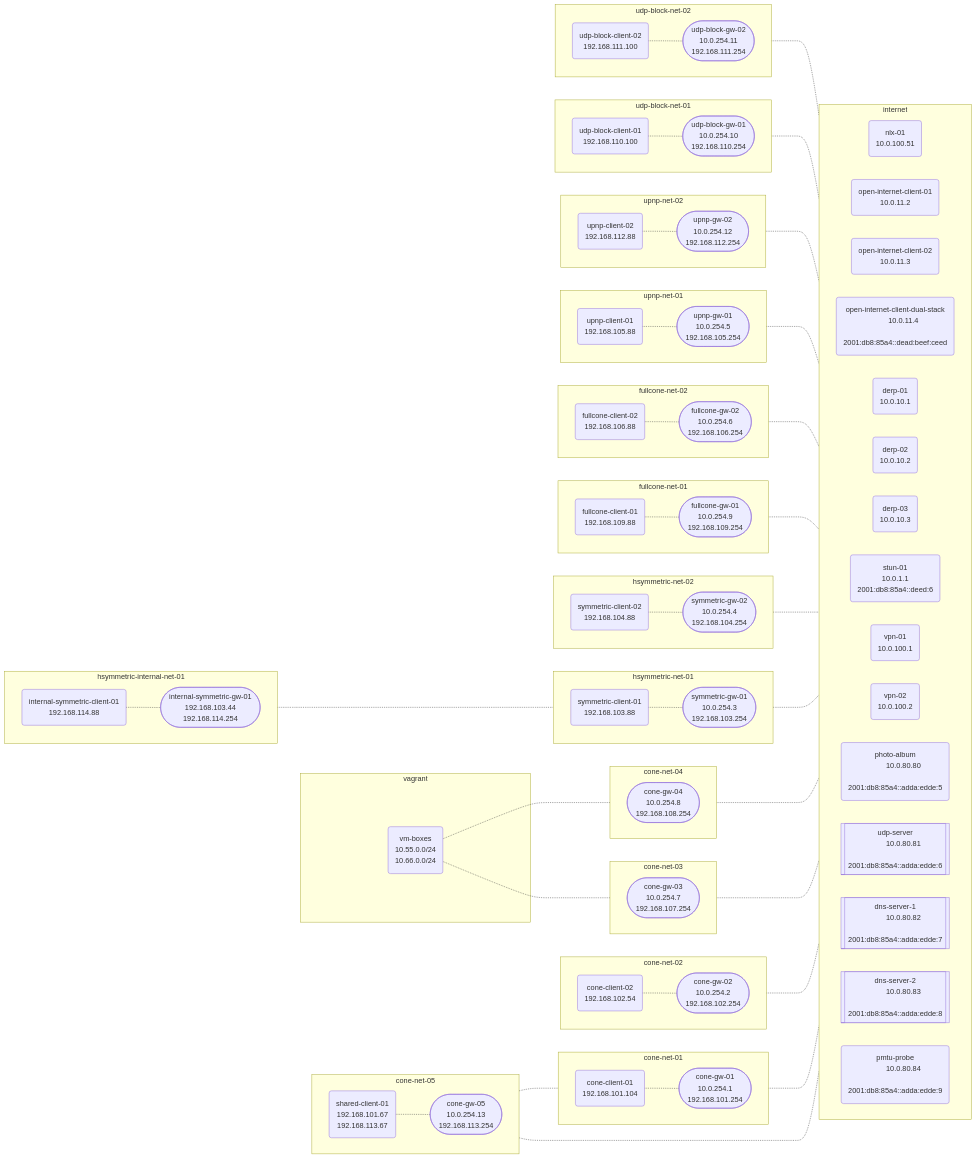
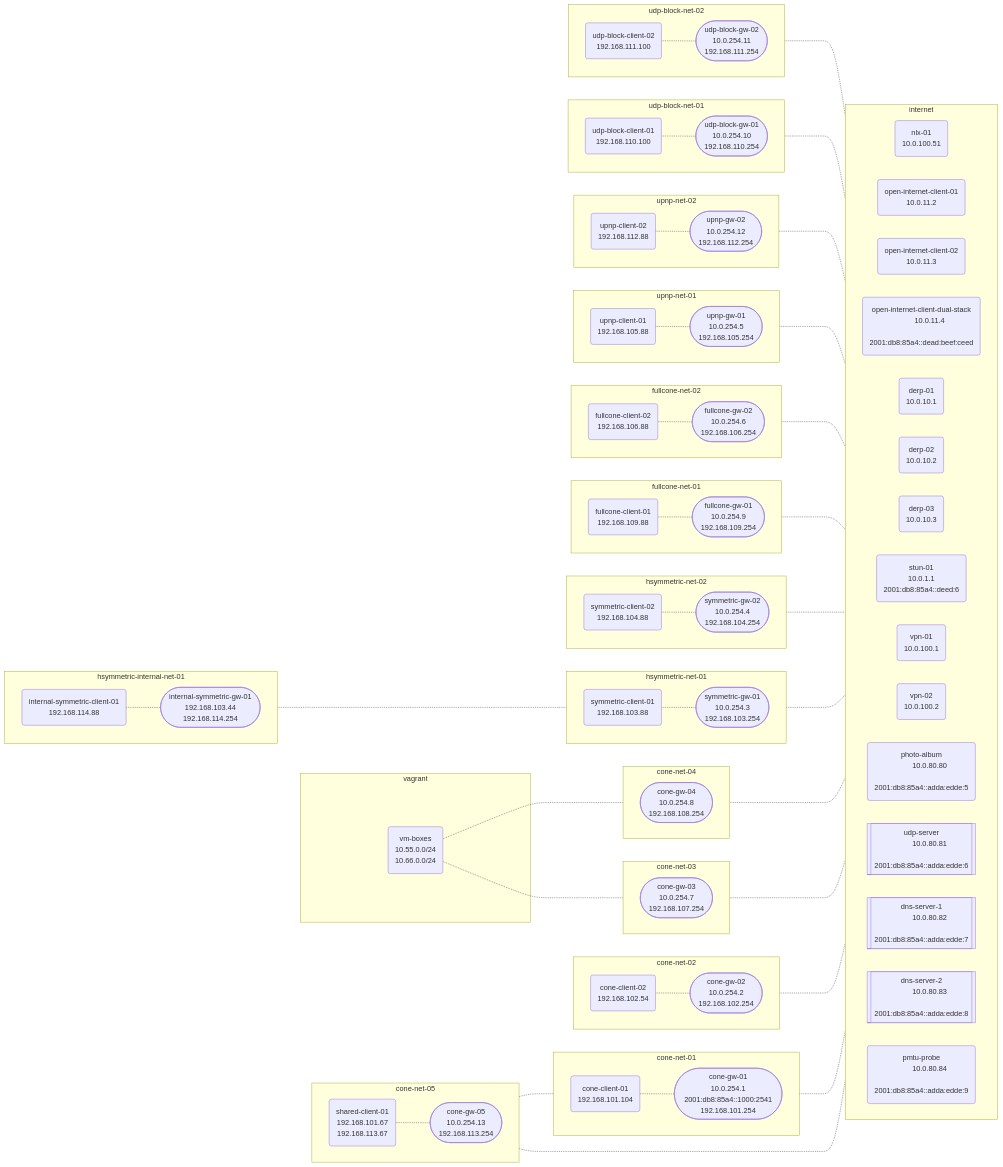
Before and after one commit to NordSecurity/libtelio: the diagram in nat-lab/network.md, drawn with Mermaid. The commit also changed 20 other files, not shown here.

```diff
--- a/nat-lab/network.md
+++ b/nat-lab/network.md
@@ -63,6 +63,7 @@
         192.168.101.104")
     cone-gw-01(["cone-gw-01
         10.0.254.1
+        2001:db8:85a4::1000:2541
         192.168.101.254"])
   end
 
```
